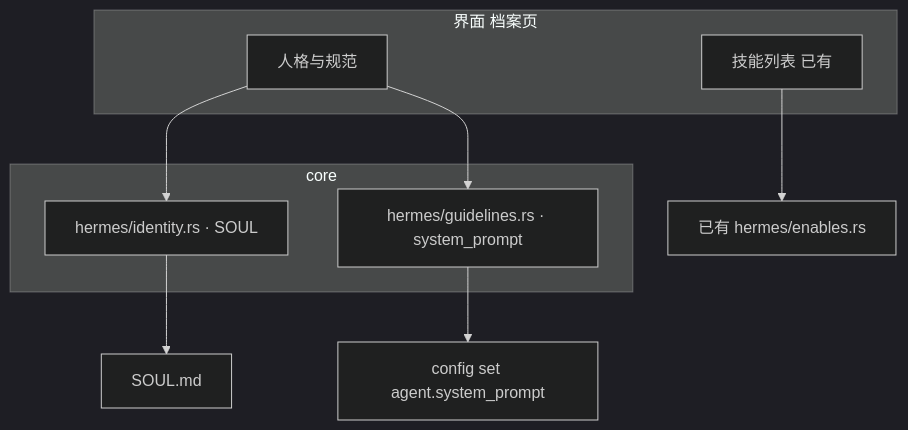
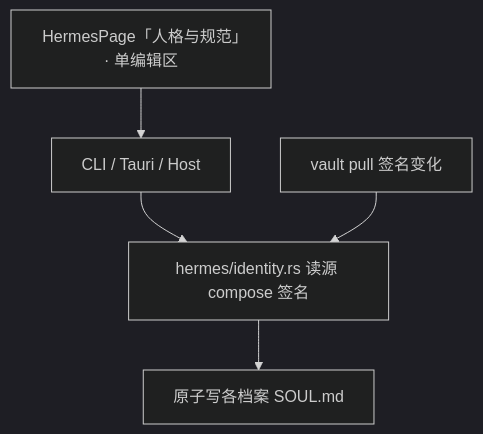
One commit to YYFF925/SkillManager changed the second of 2 diagrams in docs/technical-reference/hermes-identity-architecture.md. Above: the diagram before and after it, drawn with Mermaid (dark theme). The commit also changed other lines of this file, not shown here.

First line of the commit message:
docs: 锁定 Hermes 身份方案 1，角色与规范都写入 SOUL.md

````diff
--- a/docs/technical-reference/hermes-identity-architecture.md
+++ b/docs/technical-reference/hermes-identity-architecture.md
@@ -206,16 +104,7 @@
 ```mermaid
 flowchart TB
-  subgraph UI["界面 档案页"]
-    HP["人格与规范"]
-    SK["技能列表 已有"]
-  end
-  subgraph Core["core"]
-    ID["hermes/identity.rs · SOUL"]
-    GL["hermes/guidelines.rs · system_prompt"]
-  end
-  HP --> ID
-  HP --> GL
-  SK --> EN["已有 hermes/enables.rs"]
-  ID --> SOUL["SOUL.md"]
-  GL --> CFG["config set agent.system_prompt"]
+  UI["HermesPage「人格与规范」· 单编辑区"] --> T["CLI / Tauri / Host"]
+  T --> C["hermes/identity.rs 读源 compose 签名"]
+  C --> W["原子写各档案 SOUL.md"]
+  PULL["vault pull 签名变化"] --> C
 ```
````
